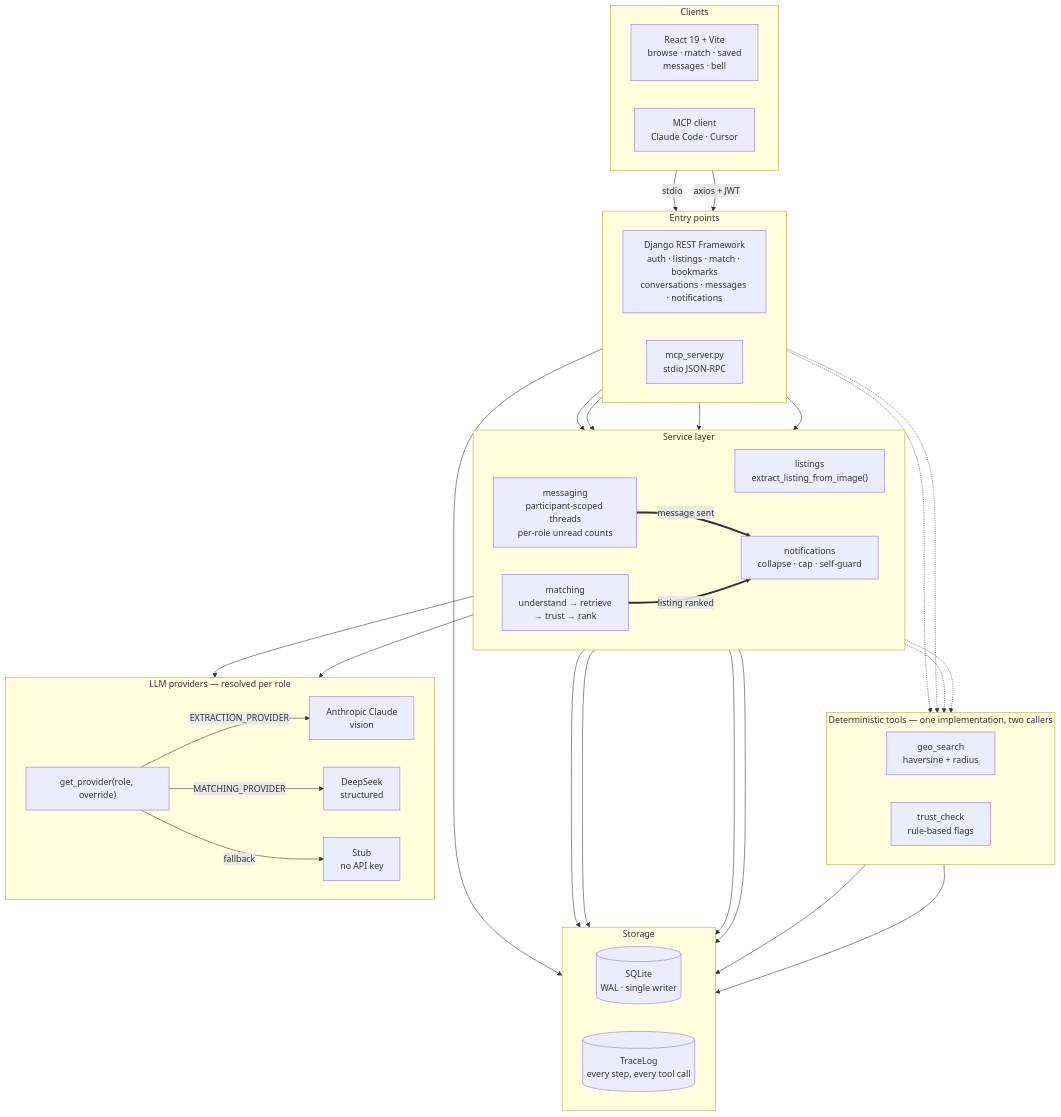
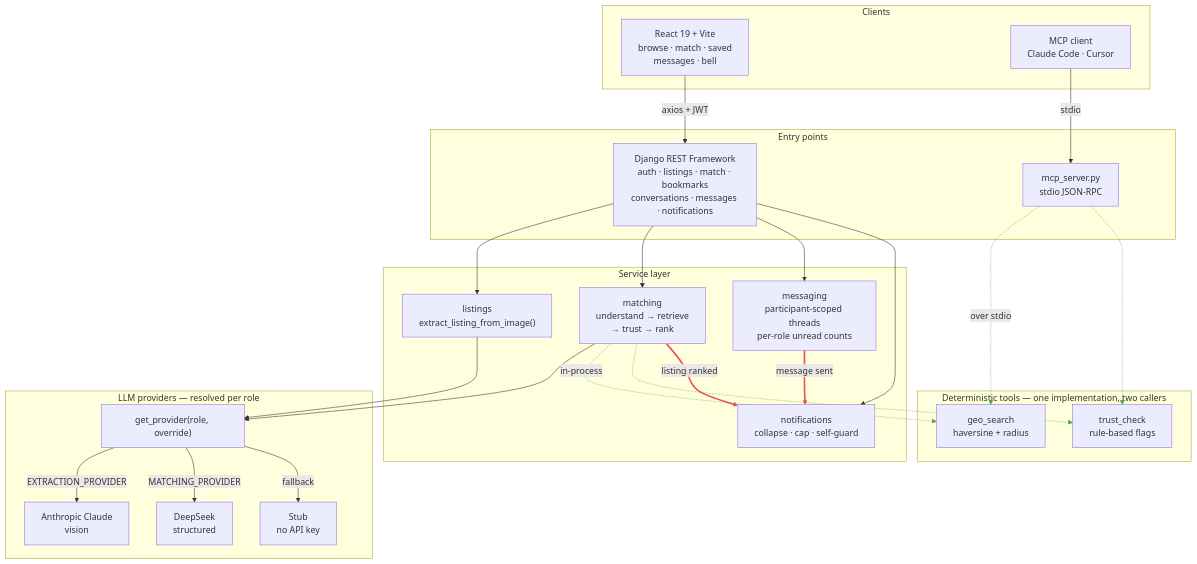
One commit to imad-ship-it/neighbour-node-agent changed the diagram in README.md. Above: the diagram before and after it, drawn with Mermaid. The commit also changed other lines of this file, not shown here.

Commit message:
docs: name both AI features in the intro, and make the architecture diagram readable
The intro ended mid-sentence with the match agent tacked onto the photo
extraction clause. Both are headline features, so both get a named paragraph.

The diagram had three problems. The six `direction LR` directives were dead
code — Mermaid ignores a subgraph's direction as soon as one of its nodes
links outside, which is true of all six. Seven of twenty edges carried no
information: the SQLite and TraceLog fan-ins restated what the node labels
and the prose below already said, and because storage sat at the bottom they
travelled from three layers down through everything else, which is what made
arrows look like they terminated at a subgraph border. And four edge styles
were in use with nothing saying what they meant.

Storage and its seven edges are gone, replaced by one sentence. With them out
of the way the four dotted tool edges are visible, which is the point the
prose spends a paragraph on: the match agent and the MCP server call the same
two functions.

linkStyle indices are positional and break if edges are reordered. Acceptable
here because the diagram is finished.

````diff
--- a/README.md
+++ b/README.md
@@ -62,73 +69,56 @@
 ```mermaid
 flowchart TD
     subgraph clients ["Clients"]
-        direction LR
         UI["React 19 + Vite<br/>browse · match · saved<br/>messages · bell"]
         MCPC["MCP client<br/>Claude Code · Cursor"]
     end
 
     subgraph entry ["Entry points"]
-        direction LR
         API["Django REST Framework<br/>auth · listings · match · bookmarks<br/>conversations · messages · notifications"]
         MCPS["mcp_server.py<br/>stdio JSON-RPC"]
     end
 
     subgraph svc ["Service layer"]
-        direction LR
         EXT["listings<br/>extract_listing_from_image()"]
         MATCH["matching<br/>understand → retrieve<br/>→ trust → rank"]
         MSG["messaging<br/>participant-scoped threads<br/>per-role unread counts"]
         NOTIF["notifications<br/>collapse · cap · self-guard"]
     end
 
     subgraph shared ["Deterministic tools — one implementation, two callers"]
-        direction LR
         GEO["geo_search<br/>haversine + radius"]
         TRUST["trust_check<br/>rule-based flags"]
     end
 
     subgraph llm ["LLM providers — resolved per role"]
-        direction LR
         REG["get_provider(role, override)"]
         CLAUDE["Anthropic Claude<br/>vision"]
         DS["DeepSeek<br/>structured"]
         STUB["Stub<br/>no API key"]
-    end
-
-    subgraph store ["Storage"]
-        direction LR
-        DB[("SQLite<br/>WAL · single writer")]
-        TRACE[("TraceLog<br/>every step, every tool call")]
     end
 
     UI -->|"axios + JWT"| API
     MCPC -->|"stdio"| MCPS
 
     API --> EXT
     API --> MATCH
     API --> MSG
     API --> NOTIF
 
     EXT --> REG
     MATCH --> REG
     REG -->|"EXTRACTION_PROVIDER"| CLAUDE
     REG -->|"MATCHING_PROVIDER"| DS
     REG -->|"fallback"| STUB
 
-    MATCH -.-> GEO
+    MATCH -.->|"in-process"| GEO
     MATCH -.-> TRUST
-    MCPS -.-> GEO
+    MCPS -.->|"over stdio"| GEO
     MCPS -.-> TRUST
 
     MSG ==>|"message sent"| NOTIF
     MATCH ==>|"listing ranked"| NOTIF
 
-    GEO --> DB
-    TRUST --> DB
-    MSG --> DB
-    NOTIF --> DB
-
-    EXT --> TRACE
-    MATCH --> TRACE
-    MCPS --> TRACE
+    linkStyle 11,12,13,14 stroke:#54a24b
+    linkStyle 15,16 stroke:#e45756,stroke-width:3px
 ```
````
